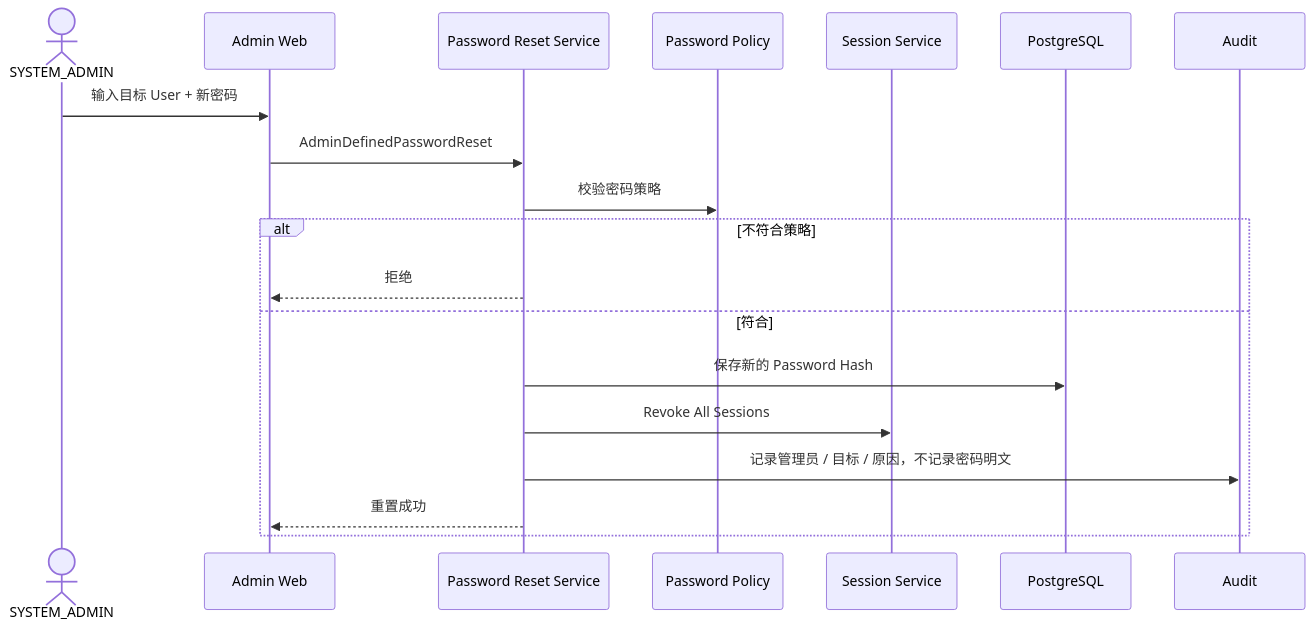
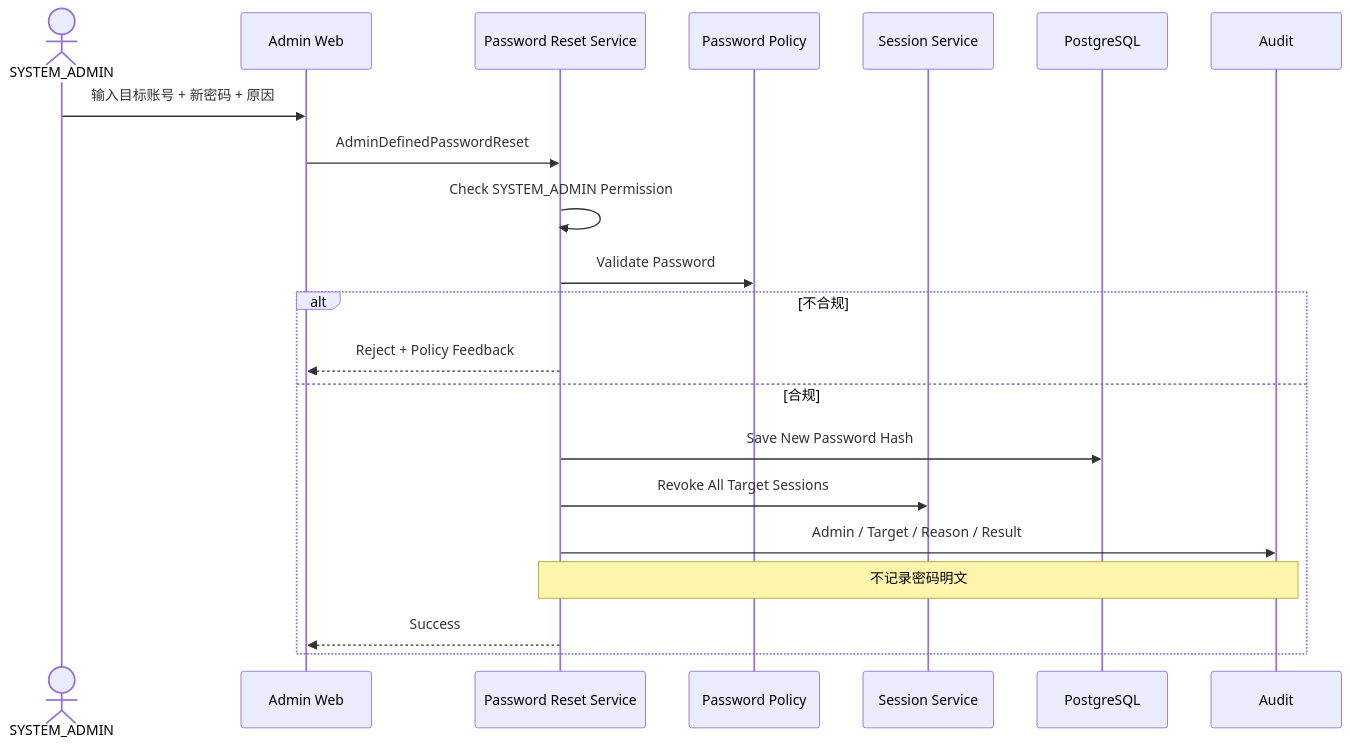
One commit to sxyq/mastergoods changed the seventh of 7 diagrams in docs/system-design/01-账户与身份/04-密码与账号恢复.md. Above: the diagram before and after it, drawn with Mermaid. The commit also changed other lines of this file and 6 other files, not shown here.

````diff
--- a/docs/system-design/01-账户与身份/04-密码与账号恢复.md
+++ b/docs/system-design/01-账户与身份/04-密码与账号恢复.md
@@ -170,23 +317,25 @@
 ```mermaid
 sequenceDiagram
     actor SA as SYSTEM_ADMIN
     participant WEB as Admin Web
     participant RESET as Password Reset Service
     participant POLICY as Password Policy
     participant SESSION as Session Service
     participant DB as PostgreSQL
     participant AUDIT as Audit
 
-    SA->>WEB: 输入目标 User + 新密码
+    SA->>WEB: 输入目标账号 + 新密码 + 原因
     WEB->>RESET: AdminDefinedPasswordReset
-    RESET->>POLICY: 校验密码策略
+    RESET->>RESET: Check SYSTEM_ADMIN Permission
+    RESET->>POLICY: Validate Password
 
-    alt 不符合策略
-        RESET-->>WEB: 拒绝
-    else 符合
-        RESET->>DB: 保存新的 Password Hash
-        RESET->>SESSION: Revoke All Sessions
-        RESET->>AUDIT: 记录管理员 / 目标 / 原因，不记录密码明文
-        RESET-->>WEB: 重置成功
+    alt 不合规
+        RESET-->>WEB: Reject + Policy Feedback
+    else 合规
+        RESET->>DB: Save New Password Hash
+        RESET->>SESSION: Revoke All Target Sessions
+        RESET->>AUDIT: Admin / Target / Reason / Result
+        Note over RESET,AUDIT: 不记录密码明文
+        RESET-->>WEB: Success
     end
 ```
````
